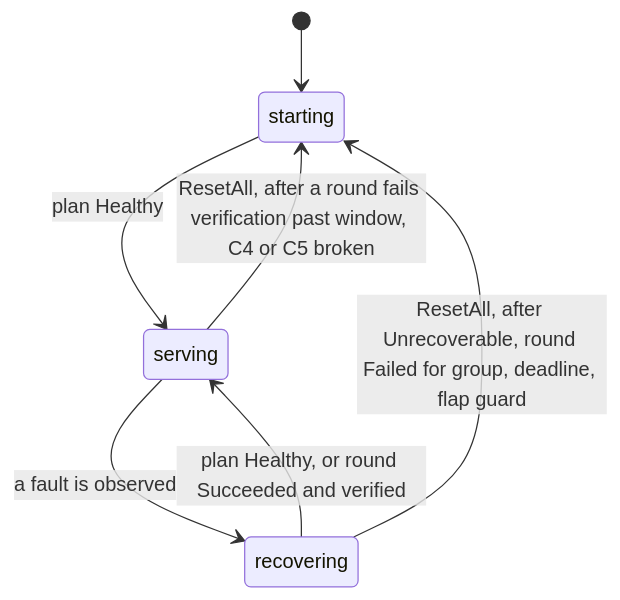
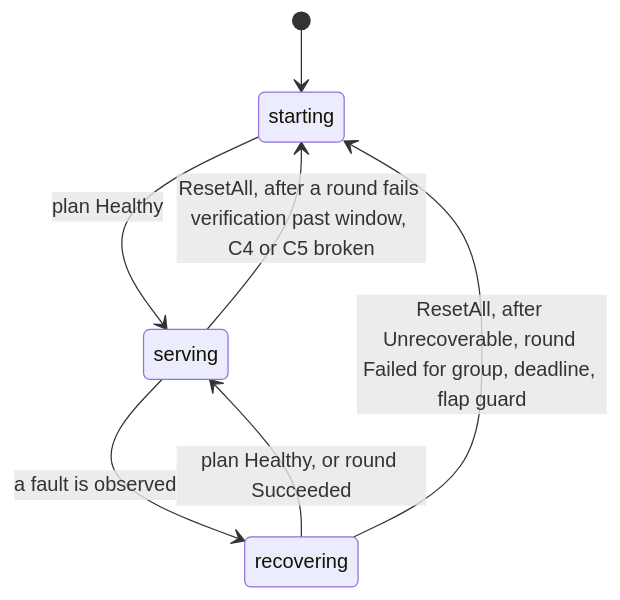
Before and after one commit to Etelis/llm-d-resiliency-operator: the first of 3 diagrams in docs/design/contracts/controller.md, drawn with Mermaid. The commit also changed other lines of this file and 4 other files, not shown here.

````diff
--- a/docs/design/contracts/controller.md
+++ b/docs/design/contracts/controller.md
@@ -153,9 +155,9 @@
 ```mermaid
 stateDiagram-v2
   [*] --> starting
   starting --> serving: plan Healthy
   serving --> recovering: a fault is observed
-  recovering --> serving: plan Healthy, or round Succeeded and verified
+  recovering --> serving: plan Healthy, or round Succeeded
   serving --> starting: ResetAll, after a round fails verification past window, C4 or C5 broken
   recovering --> starting: ResetAll, after Unrecoverable, round Failed for group, deadline, flap guard
 ```
````
